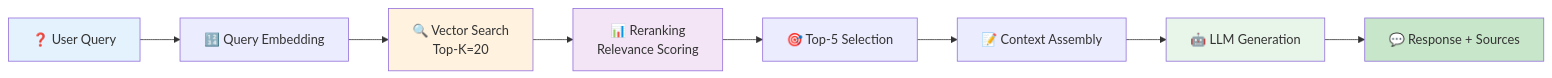
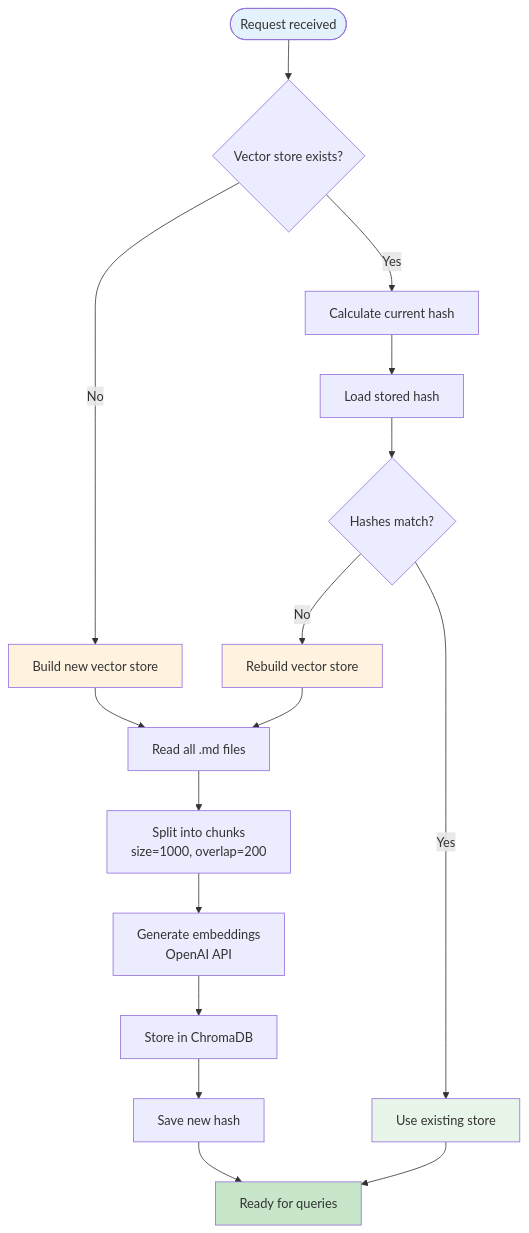
The third of 8 diagrams in README.md (NinobraV/knowra-onboarding-agent), drawn with Mermaid before and after one commit. The commit also changed other lines of this file and 76 other files, not shown here.

````diff
--- a/README.md
+++ b/README.md
@@ -471,16 +166,29 @@
 ```mermaid
-graph LR
-    A[❓ User Query] --> B[🔢 Query Embedding]
-    B --> C[🔍 Vector Search<br/>Top-K=20]
-    C --> D[📊 Reranking<br/>Relevance Scoring]
-    D --> E[🎯 Top-5 Selection]
-    E --> F[📝 Context Assembly]
-    F --> G[🤖 LLM Generation]
-    G --> H[💬 Response + Sources]
+flowchart TD
+    START([Request received]) --> CHECK{Vector store exists?}
+    CHECK -->|No| BUILD[Build new vector store]
+    CHECK -->|Yes| HASH[Calculate current hash]
     
-    style A fill:#e3f2fd
-    style C fill:#fff3e0
-    style D fill:#f3e5f5
-    style G fill:#e8f5e9
-    style H fill:#c8e6c9
+    HASH --> LOAD_HASH[Load stored hash]
+    LOAD_HASH --> COMPARE{Hashes match?}
+    
+    COMPARE -->|Yes| SKIP[Use existing store]
+    COMPARE -->|No| REBUILD[Rebuild vector store]
+    
+    BUILD --> READ[Read all .md files]
+    REBUILD --> READ
+    
+    READ --> SPLIT[Split into chunks<br/>size=1000, overlap=200]
+    SPLIT --> EMBED[Generate embeddings<br/>OpenAI API]
+    EMBED --> STORE[Store in ChromaDB]
+    STORE --> SAVE_HASH[Save new hash]
+    SAVE_HASH --> READY[Ready for queries]
+    
+    SKIP --> READY
+    
+    style START fill:#e3f2fd
+    style BUILD fill:#fff3e0
+    style REBUILD fill:#fff3e0
+    style READY fill:#c8e6c9
+    style SKIP fill:#e8f5e9
 ```
````
